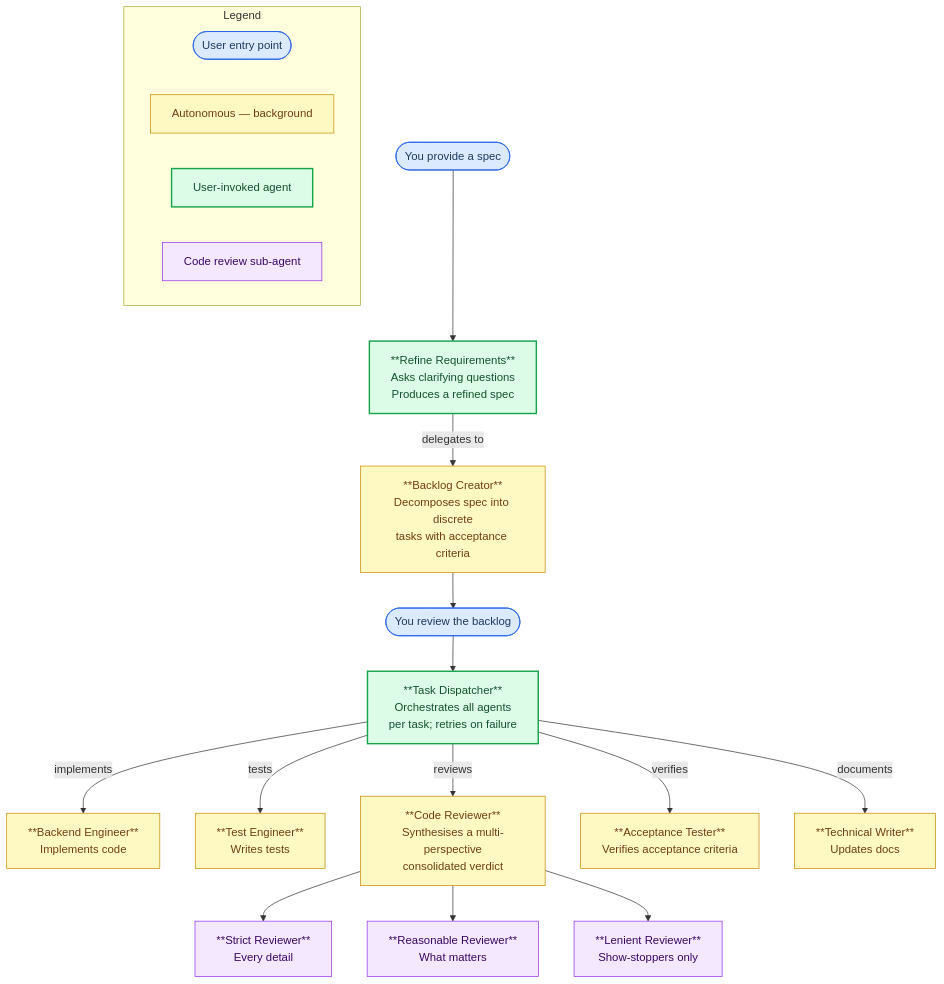
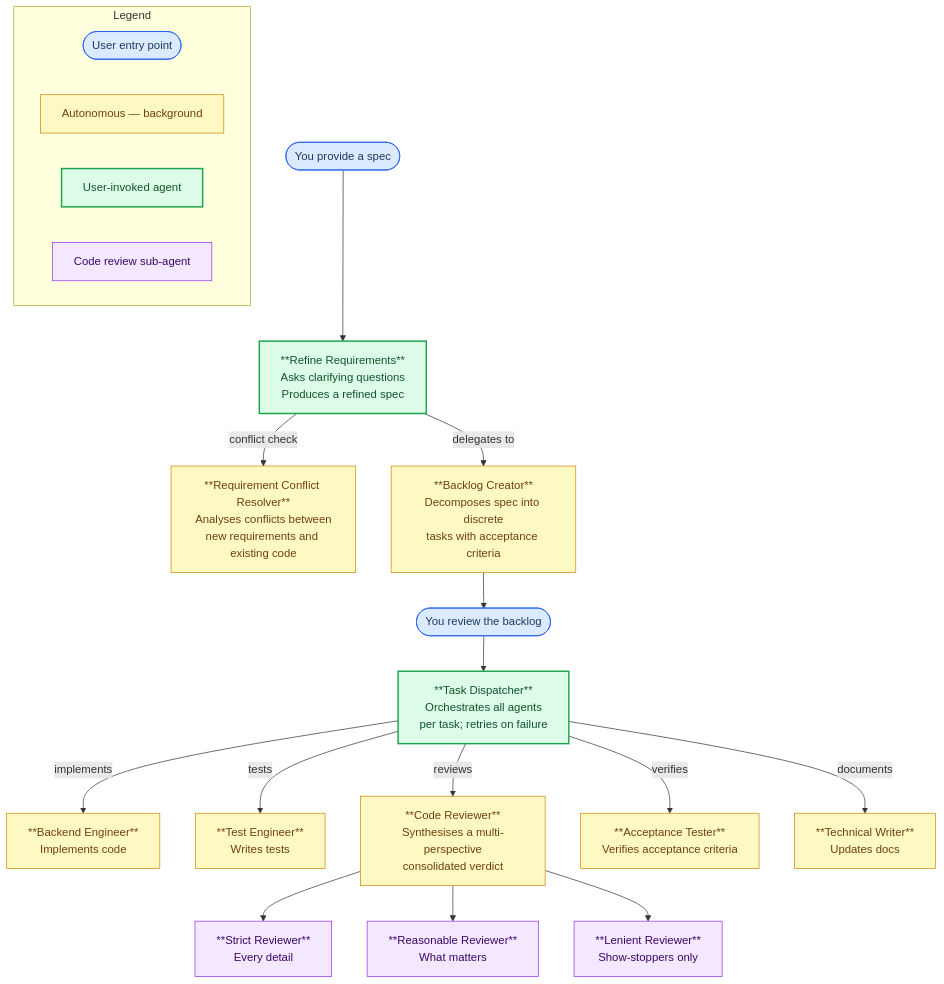
One commit to steveofficer/squadron changed the diagram in README.md. Above: the diagram before and after it, drawn with Mermaid. The commit also changed other lines of this file and 6 other files, not shown here.

First line of the commit message:
docs(readme): add Requirement Conflict Resolver to README and AGENTS.md (#6)

````diff
--- a/README.md
+++ b/README.md
@@ -32,44 +32,46 @@
 ```mermaid
 flowchart TD
     U1(["You provide a spec"]):::user
     U2(["You review the backlog"]):::user
 
     RR["**Refine Requirements**\nAsks clarifying questions\nProduces a refined spec"]:::entrypoint
+    RCR["**Requirement Conflict Resolver**\nAnalyses conflicts between\nnew requirements and existing code"]:::autonomous
     BC["**Backlog Creator**\nDecomposes spec into discrete\ntasks with acceptance criteria"]:::autonomous
     DISP["**Task Dispatcher**\nOrchestrates all agents\nper task; retries on failure"]:::entrypoint
 
     BE["**Backend Engineer**\nImplements code"]:::autonomous
     TE["**Test Engineer**\nWrites tests"]:::autonomous
     CR["**Code Reviewer**\nSynthesises a multi-perspective\nconsolidated verdict"]:::autonomous
     AT["**Acceptance Tester**\nVerifies acceptance criteria"]:::autonomous
     TW["**Technical Writer**\nUpdates docs"]:::autonomous
 
     SR["**Strict Reviewer**\nEvery detail"]:::subreview
     RRev["**Reasonable Reviewer**\nWhat matters"]:::subreview
     LR["**Lenient Reviewer**\nShow-stoppers only"]:::subreview
 
     U1         --> RR
     RR         -- "delegates to" --> BC
+    RR         -- "conflict check" --> RCR
     BC         --> U2
     U2         --> DISP
     DISP       -- "implements"   --> BE
     DISP       -- "tests"        --> TE
     DISP       -- "reviews"      --> CR
     DISP       -- "verifies"     --> AT
     DISP       -- "documents"    --> TW
     CR         --> SR
     CR         --> RRev
     CR         --> LR
 
     subgraph legend["Legend"]
         L1(["User entry point"]):::user
         L2["Autonomous — background"]:::autonomous
         L3["User-invoked agent"]:::entrypoint
         L4["Code review sub-agent"]:::subreview
     end
 
     classDef user       fill:#dbeafe,stroke:#2563eb,color:#1e3a5f
     classDef entrypoint fill:#dcfce7,stroke:#16a34a,color:#14532d,stroke-width:2px
     classDef autonomous fill:#fef9c3,stroke:#ca8a04,color:#713f12
     classDef subreview  fill:#f3e8ff,stroke:#9333ea,color:#3b0764
 ```
````
